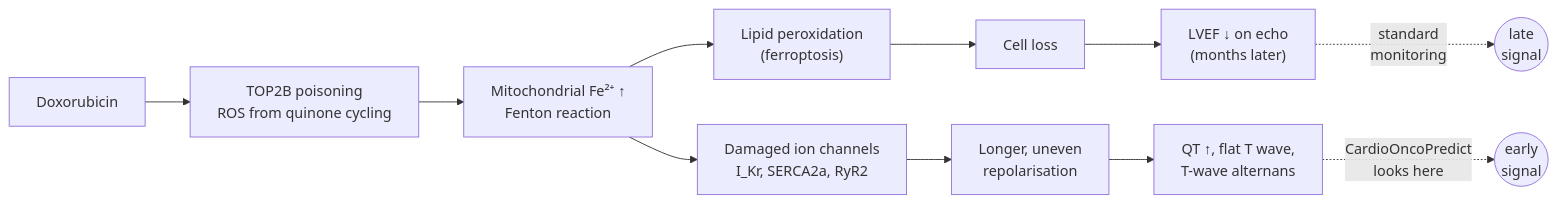
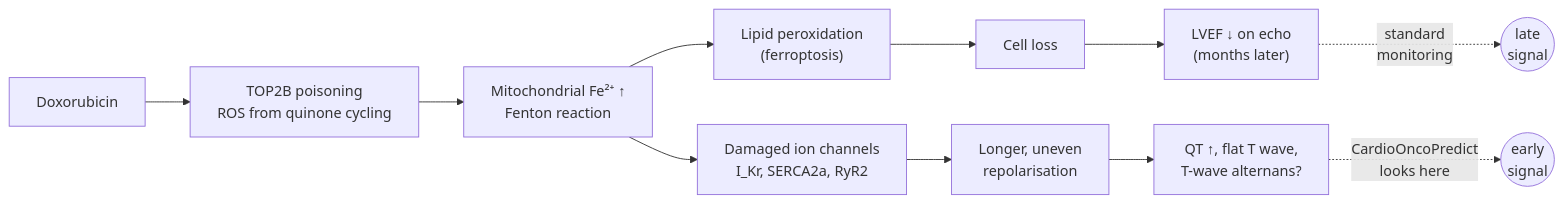
Before and after one commit to podpirovlab/multimodal-cardiotoxicity-ai: the first of 2 diagrams in README.md, drawn with Mermaid. The commit also changed other lines of this file and 34 other files, not shown here.

````diff
--- a/README.md
+++ b/README.md
@@ -132,13 +133,13 @@
 ```mermaid
 flowchart LR
     A["Doxorubicin"] --> B["TOP2B poisoning<br/>ROS from quinone cycling"]
     B --> C["Mitochondrial Fe²⁺ ↑<br/>Fenton reaction"]
     C --> D["Lipid peroxidation<br/>(ferroptosis)"]
     C --> E["Damaged ion channels<br/>I_Kr, SERCA2a, RyR2"]
     E --> F["Longer, uneven<br/>repolarisation"]
-    F --> G["QT ↑, flat T wave,<br/>T-wave alternans"]
+    F --> G["QT ↑, flat T wave,<br/>T-wave alternans?"]
     D --> H["Cell loss"]
     H --> I["LVEF ↓ on echo<br/>(months later)"]
     G -.->|"CardioOncoPredict<br/>looks here"| J(("early<br/>signal"))
     I -.->|"standard<br/>monitoring"| K(("late<br/>signal"))
 ```
````
